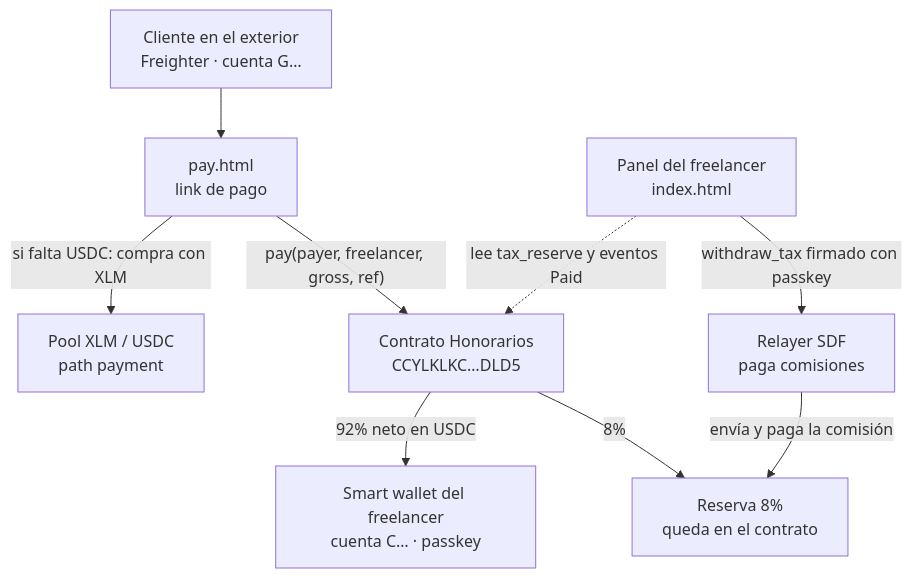
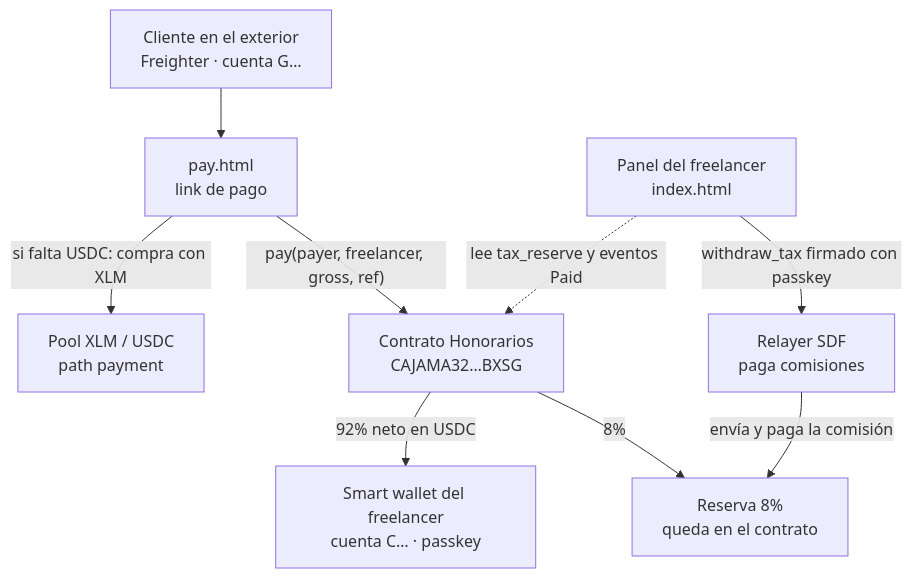
The first of 3 diagrams in docs/arquitectura.md (kasbsquall/honorarios), drawn with Mermaid before and after one commit. The commit also changed other lines of this file and 13 other files, not shown here.

````diff
--- a/docs/arquitectura.md
+++ b/docs/arquitectura.md
@@ -9,20 +9,20 @@
 ```mermaid
 flowchart TB
   CL["Cliente en el exterior<br/>Freighter · cuenta G…"]
   PG["pay.html<br/>link de pago"]
   POOL["Pool XLM / USDC<br/>path payment"]
-  H["Contrato Honorarios<br/>CCYLKLKC…DLD5"]
+  H["Contrato Honorarios<br/>CAJAMA32…BXSG"]
   RES["Reserva 8%<br/>queda en el contrato"]
   SW["Smart wallet del freelancer<br/>cuenta C… · passkey"]
   D["Panel del freelancer<br/>index.html"]
   R["Relayer SDF<br/>paga comisiones"]
 
   CL --> PG
   PG -->|"si falta USDC: compra con XLM"| POOL
   PG -->|"pay(payer, freelancer, gross, ref)"| H
   H -->|"92% neto en USDC"| SW
   H -->|"8%"| RES
   D -.->|"lee tax_reserve y eventos Paid"| H
   D -->|"withdraw_tax firmado con passkey"| R
   R -->|"envía y paga la comisión"| RES
 ```
````
